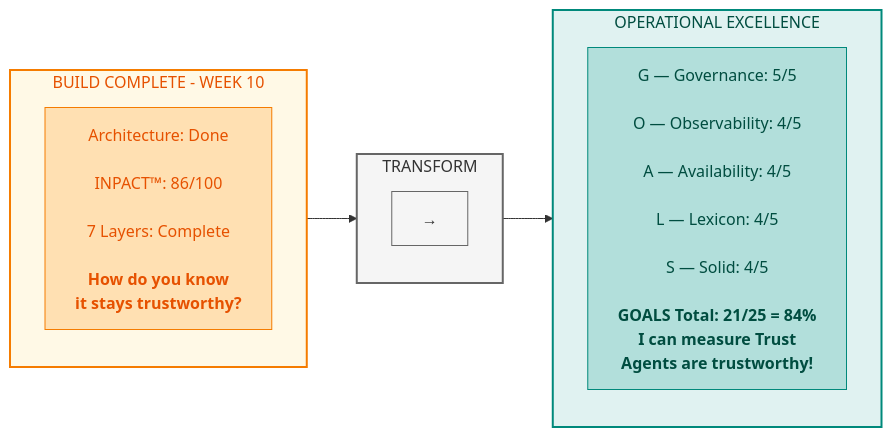
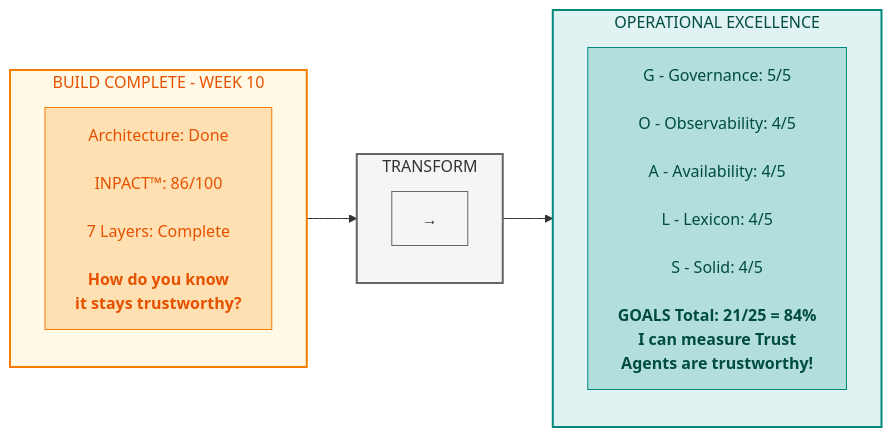
One commit to saitejesh-cyber/trust-before-intelligence-book changed the first of 14 diagrams in manuscript/08_chapter_7_goals_framework.md. Above: the diagram before and after it, drawn with Mermaid. The commit also changed other lines of this file and 2 other files, not shown here.

````diff
--- a/manuscript/08_chapter_7_goals_framework.md
+++ b/manuscript/08_chapter_7_goals_framework.md
@@ -8,28 +34,28 @@
 ```mermaid
 
 graph LR
     subgraph BUILD["BUILD COMPLETE - WEEK 10"]
         direction TB
         B1["Architecture: Done<br/><br/>INPACT™: 86/100<br/><br/>7 Layers: Complete<br/><br/><b>How do you know<br/>it stays trustworthy?</b>"]
     end
     
     subgraph TRANSFORM["TRANSFORM"]
         direction TB
         T1["→"]
     end
     
     subgraph OPERATE["OPERATIONAL EXCELLENCE"]
         direction TB
-        O1["G — Governance: 5/5<br/><br/>O — Observability: 4/5<br/><br/>A — Availability: 4/5<br/><br/>L — Lexicon: 4/5<br/><br/>S — Solid: 4/5<br/><br/><b>GOALS Total: 21/25 = 84%<br/>I can measure Trust<br/>Agents are trustworthy!"]
+        O1["G - Governance: 5/5<br/><br/>O - Observability: 4/5<br/><br/>A - Availability: 4/5<br/><br/>L - Lexicon: 4/5<br/><br/>S - Solid: 4/5<br/><br/><b>GOALS Total: 21/25 = 84%<br/>I can measure Trust<br/>Agents are trustworthy!"]
     end
     
     BUILD --> TRANSFORM --> OPERATE
     
     style BUILD fill:#fff9e6,stroke:#f57c00,stroke-width:2px,color:#e65100
     style TRANSFORM fill:#f5f5f5,stroke:#666666,stroke-width:2px,color:#333333
     style OPERATE fill:#e0f2f1,stroke:#00897b,stroke-width:2px,color:#004d40
     style B1 fill:#ffe0b2,stroke:#f57c00,color:#e65100
     style T1 fill:#f5f5f5,stroke:#666666,color:#333333
     style O1 fill:#b2dfdb,stroke:#00897b,color:#004d40
 
 ```
````
